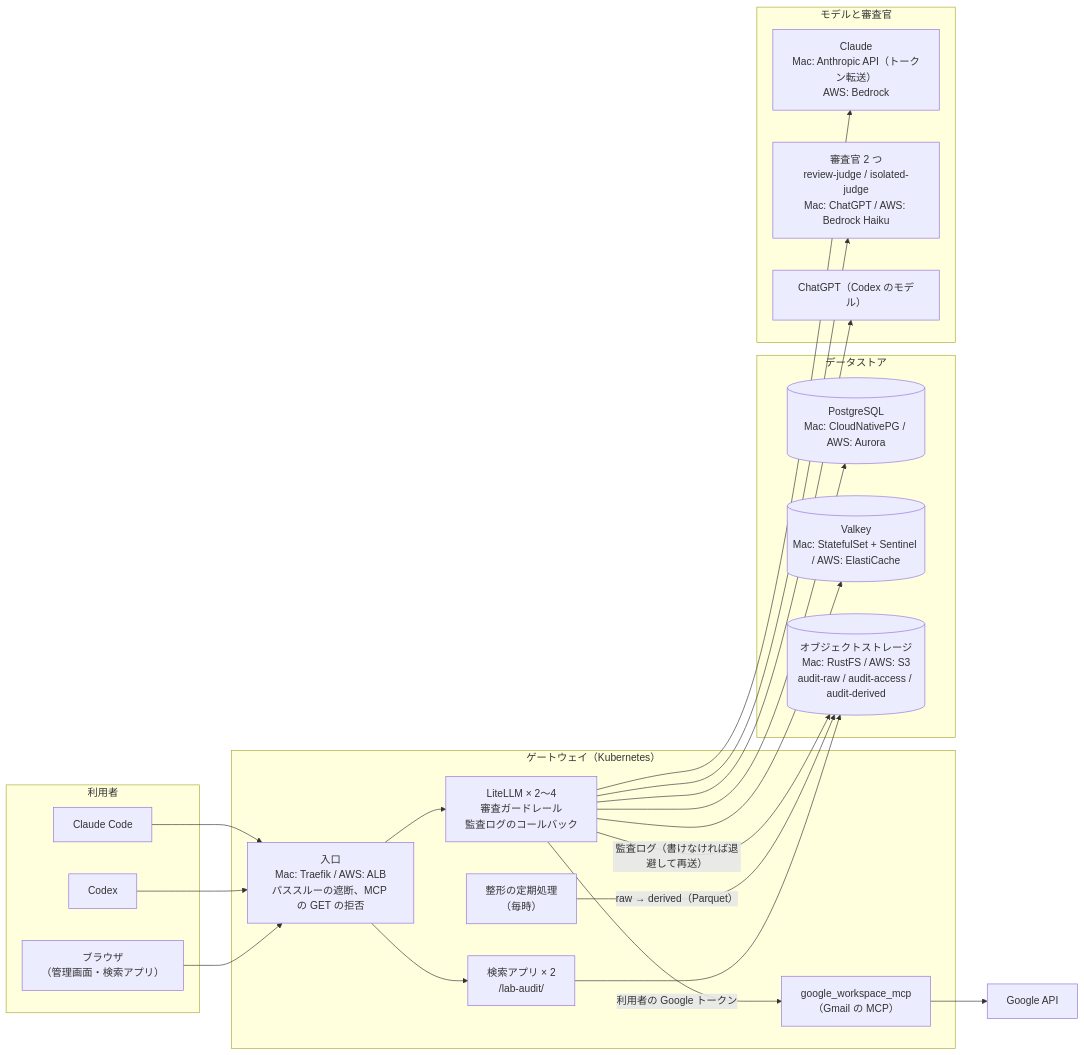
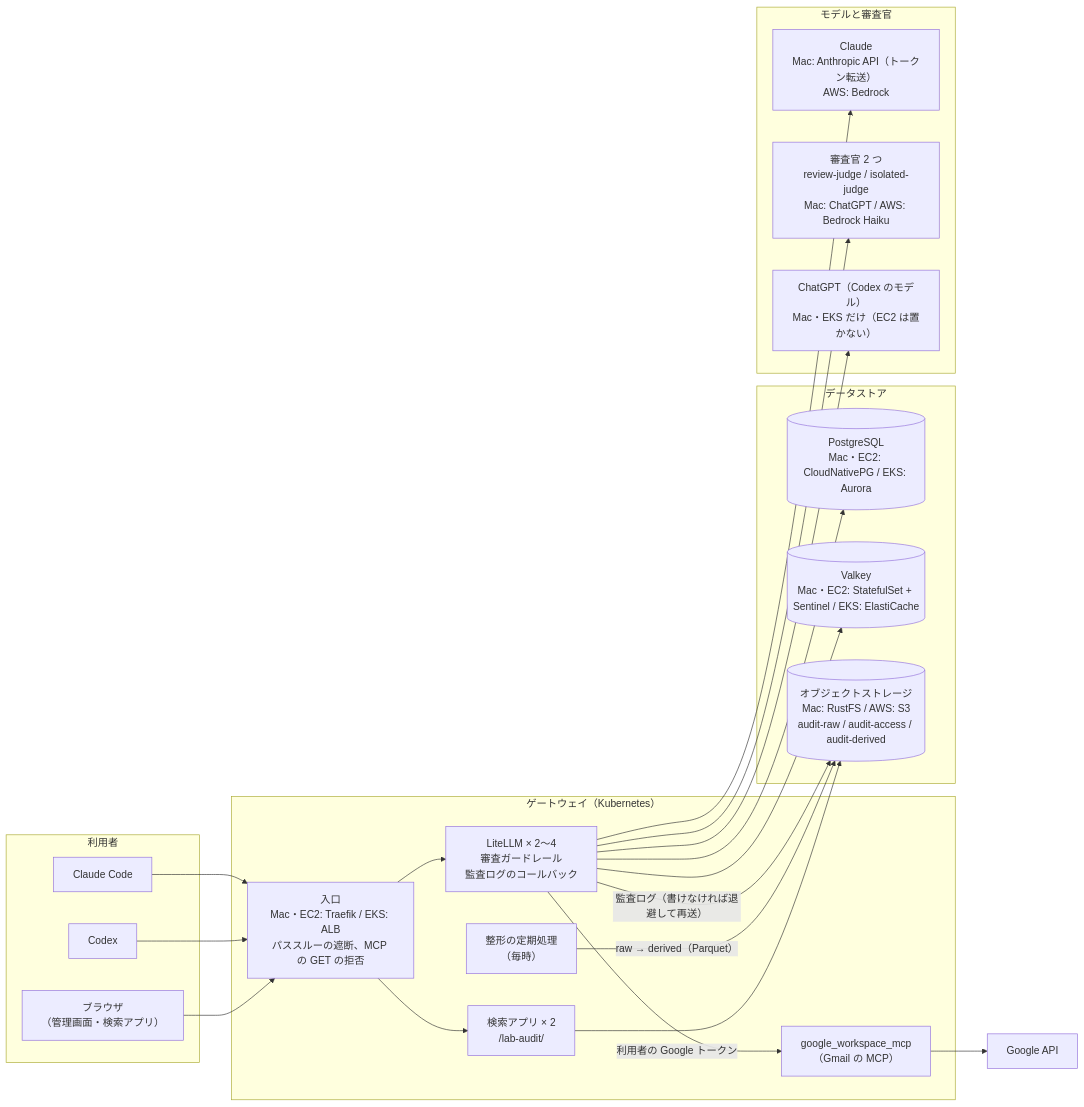
Before and after one commit to notfolder/litellm-agent-gateway-lab: the first of 4 diagrams in docs/aws_architecture.md, drawn with Mermaid. The commit also changed other lines of this file, not shown here.

First line of the commit message:
docs/aws_architecture.md: EC2 3 台（k3s）の環境を構成図に足す

````diff
--- a/docs/aws_architecture.md
+++ b/docs/aws_architecture.md
@@ -12,34 +12,34 @@
 ```mermaid
 flowchart LR
     subgraph CLIENTS["利用者"]
         CC["Claude Code"]
         CX["Codex"]
         BR["ブラウザ<br/>（管理画面・検索アプリ）"]
     end
     subgraph GW["ゲートウェイ（Kubernetes）"]
-        IN["入口<br/>Mac: Traefik / AWS: ALB<br/>パススルーの遮断、MCP の GET の拒否"]
+        IN["入口<br/>Mac・EC2: Traefik / EKS: ALB<br/>パススルーの遮断、MCP の GET の拒否"]
         LL["LiteLLM × 2〜4<br/>審査ガードレール<br/>監査ログのコールバック"]
         WS["google_workspace_mcp<br/>（Gmail の MCP）"]
         AV["検索アプリ × 2<br/>/lab-audit/"]
         CJ["整形の定期処理<br/>（毎時）"]
     end
     subgraph DATA["データストア"]
-        PG[("PostgreSQL<br/>Mac: CloudNativePG / AWS: Aurora")]
-        VK[("Valkey<br/>Mac: StatefulSet + Sentinel / AWS: ElastiCache")]
+        PG[("PostgreSQL<br/>Mac・EC2: CloudNativePG / EKS: Aurora")]
+        VK[("Valkey<br/>Mac・EC2: StatefulSet + Sentinel / EKS: ElastiCache")]
         S3[("オブジェクトストレージ<br/>Mac: RustFS / AWS: S3<br/>audit-raw / audit-access / audit-derived")]
     end
     subgraph LLM["モデルと審査官"]
         MODEL["Claude<br/>Mac: Anthropic API（トークン転送）<br/>AWS: Bedrock"]
         JUDGE["審査官 2 つ<br/>review-judge / isolated-judge<br/>Mac: ChatGPT / AWS: Bedrock Haiku"]
-        OAI["ChatGPT（Codex のモデル）"]
+        OAI["ChatGPT（Codex のモデル）<br/>Mac・EKS だけ（EC2 は置かない）"]
     end
     CC & CX & BR --> IN
     IN --> LL
     IN --> AV
     LL --> PG & VK
     LL -->|"監査ログ（書けなければ退避して再送）"| S3
     LL --> MODEL & JUDGE & OAI
     LL -->|"利用者の Google トークン"| WS --> GAPI["Google API"]
     CJ -->|"raw → derived（Parquet）"| S3
     AV --> S3
 ```
````
